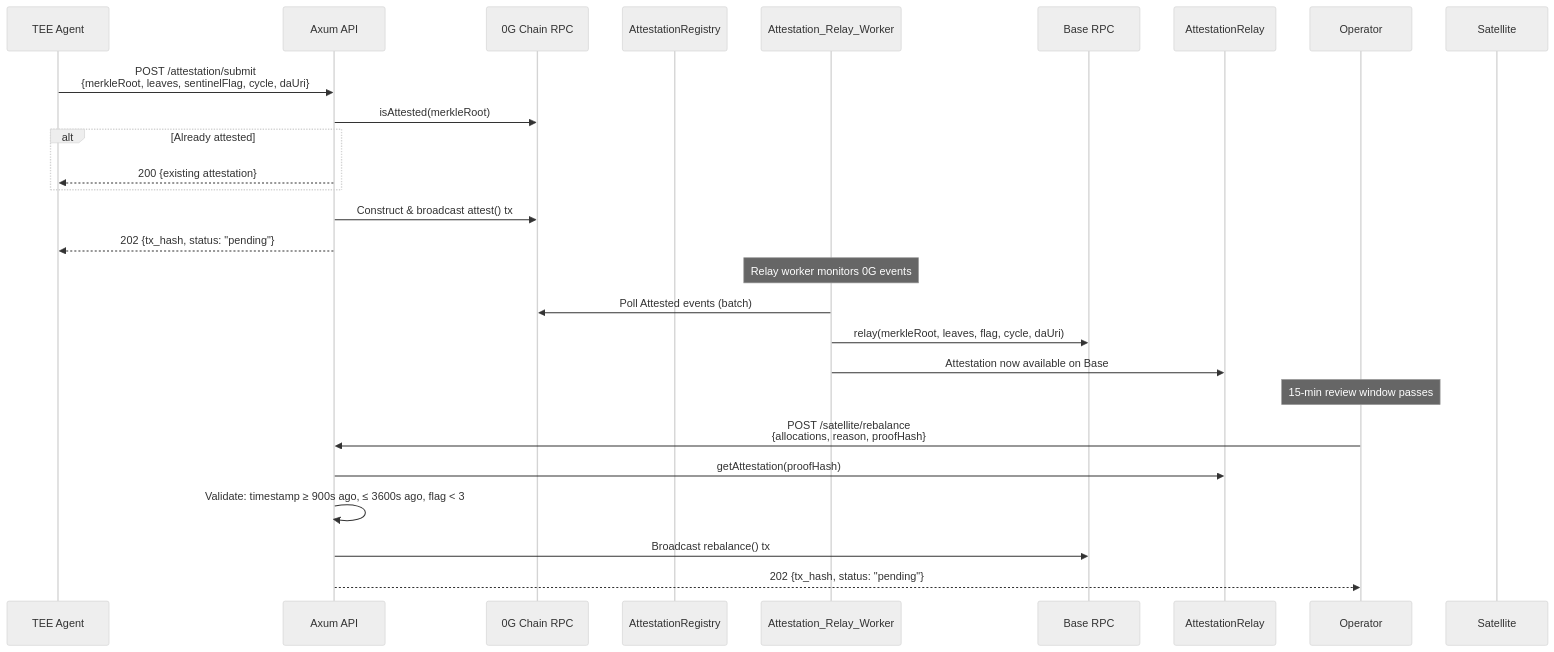
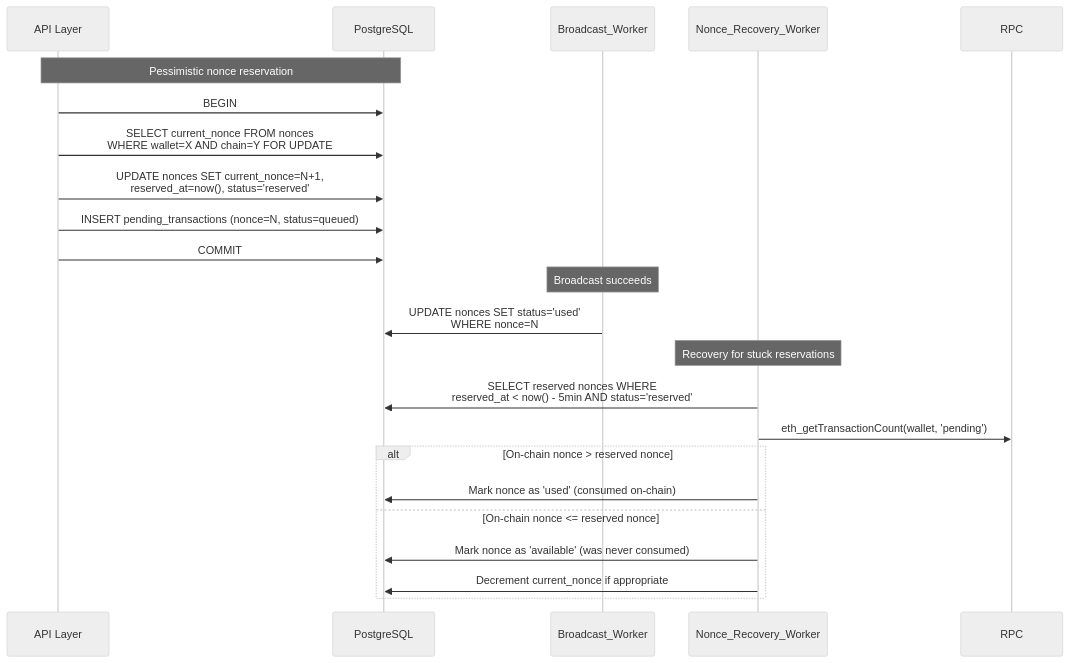
Before and after one commit to itsme-boii/archetectures: the fourth of 11 diagrams in README.md, drawn with Mermaid (neutral theme). The commit also changed other lines of this file, not shown here.

````diff
--- a/README.md
+++ b/README.md
@@ -157,32 +228,28 @@
 ```mermaid
 sequenceDiagram
-    participant Agent as TEE Agent
-    participant API as Axum API
-    participant OG as 0G Chain RPC
-    participant AREG as AttestationRegistry
-    participant ARW as Attestation_Relay_Worker
-    participant BASE as Base RPC
-    participant RELAY as AttestationRelay
-    participant OP as Operator
-    participant SAT as Satellite
+    participant API as API Layer
+    participant DB as PostgreSQL
+    participant BW as Broadcast_Worker
+    participant NRW as Nonce_Recovery_Worker
+    participant RPC as RPC
 
-    Agent->>API: POST /attestation/submit<br/>{merkleRoot, leaves, sentinelFlag, cycle, daUri}
-    API->>OG: isAttested(merkleRoot)
-    alt Already attested
-        API-->>Agent: 200 {existing attestation}
+    Note over API,DB: Pessimistic nonce reservation
+    API->>DB: BEGIN
+    API->>DB: SELECT current_nonce FROM nonces<br/>WHERE wallet=X AND chain=Y FOR UPDATE
+    API->>DB: UPDATE nonces SET current_nonce=N+1,<br/>reserved_at=now(), status='reserved'
+    API->>DB: INSERT pending_transactions (nonce=N, status=queued)
+    API->>DB: COMMIT
+    
+    Note over BW: Broadcast succeeds
+    BW->>DB: UPDATE nonces SET status='used'<br/>WHERE nonce=N
+    
+    Note over NRW: Recovery for stuck reservations
+    NRW->>DB: SELECT reserved nonces WHERE<br/>reserved_at < now() - 5min AND status='reserved'
+    NRW->>RPC: eth_getTransactionCount(wallet, 'pending')
+    alt On-chain nonce > reserved nonce
+        NRW->>DB: Mark nonce as 'used' (consumed on-chain)
+    else On-chain nonce <= reserved nonce
+        NRW->>DB: Mark nonce as 'available' (was never consumed)
+        NRW->>DB: Decrement current_nonce if appropriate
     end
-    API->>OG: Construct & broadcast attest() tx
-    API-->>Agent: 202 {tx_hash, status: "pending"}
-
-    Note over ARW: Relay worker monitors 0G events
-    ARW->>OG: Poll Attested events (batch)
-    ARW->>BASE: relay(merkleRoot, leaves, flag, cycle, daUri)
-    ARW->>RELAY: Attestation now available on Base
-
-    Note over OP: 15-min review window passes
-    OP->>API: POST /satellite/rebalance<br/>{allocations, reason, proofHash}
-    API->>RELAY: getAttestation(proofHash)
-    API->>API: Validate: timestamp ≥ 900s ago, ≤ 3600s ago, flag < 3
-    API->>BASE: Broadcast rebalance() tx
-    API-->>OP: 202 {tx_hash, status: "pending"}
 ```
````
